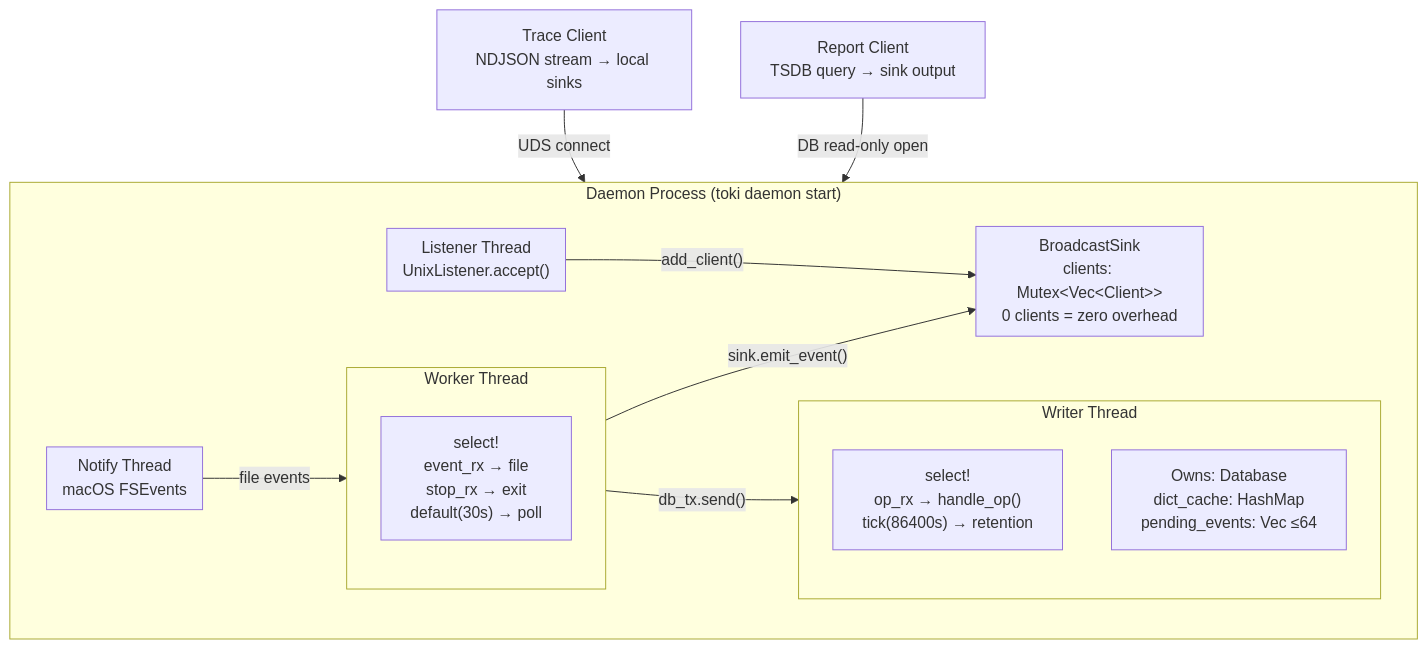
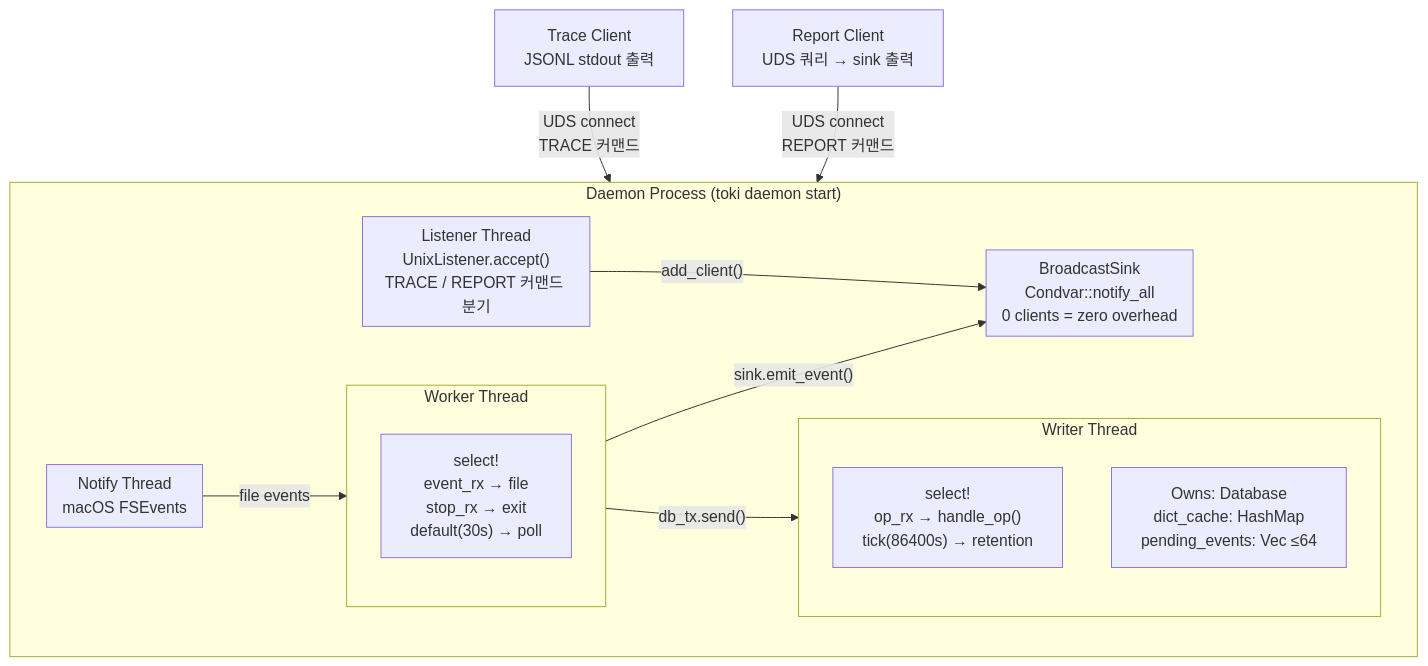
One commit to korjwl1/toki changed the diagram in docs/DESIGN.ko.md. Above: the diagram before and after it, drawn with Mermaid. The commit also changed other lines of this file and 5 other files, not shown here.

First line of the commit message:
Update docs to match redesigned broadcast + trace architecture

````diff
--- a/docs/DESIGN.ko.md
+++ b/docs/DESIGN.ko.md
@@ -11,30 +12,30 @@
 ```mermaid
 graph TD
     subgraph Daemon["Daemon Process (toki daemon start)"]
         subgraph Worker["Worker Thread"]
             W_select["select!<br/>event_rx → file<br/>stop_rx → exit<br/>default(30s) → poll"]
         end
 
         subgraph Writer["Writer Thread"]
             Wr_select["select!<br/>op_rx → handle_op()<br/>tick(86400s) → retention"]
             Wr_db["Owns: Database<br/>dict_cache: HashMap<br/>pending_events: Vec ≤64"]
         end
 
         subgraph Notify["Notify Thread<br/>macOS FSEvents"]
         end
 
-        subgraph Broadcast["BroadcastSink<br/>clients: Mutex&lt;Vec&lt;Client&gt;&gt;<br/>0 clients = zero overhead"]
+        subgraph Broadcast["BroadcastSink<br/>Condvar::notify_all<br/>0 clients = zero overhead"]
         end
 
-        subgraph Listener["Listener Thread<br/>UnixListener.accept()"]
+        subgraph Listener["Listener Thread<br/>UnixListener.accept()<br/>TRACE / REPORT 커맨드 분기"]
         end
     end
 
     Notify -->|"file events"| Worker
     Worker -->|"db_tx.send()"| Writer
     Worker -->|"sink.emit_event()"| Broadcast
     Listener -->|"add_client()"| Broadcast
 
-    TraceClient["Trace Client<br/>NDJSON stream → local sinks"] -->|"UDS connect"| Daemon
-    ReportClient["Report Client<br/>TSDB query → sink output"] -->|"DB read-only open"| Daemon
+    TraceClient["Trace Client<br/>JSONL stdout 출력"] -->|"UDS connect<br/>TRACE 커맨드"| Daemon
+    ReportClient["Report Client<br/>UDS 쿼리 → sink 출력"] -->|"UDS connect<br/>REPORT 커맨드"| Daemon
 ```
````
